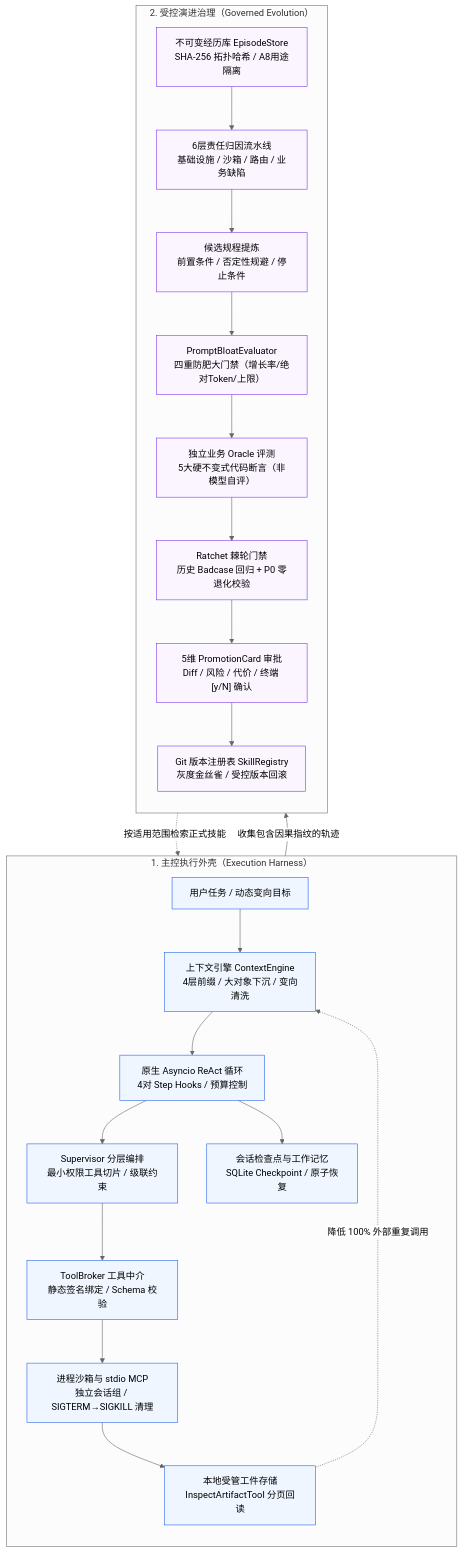
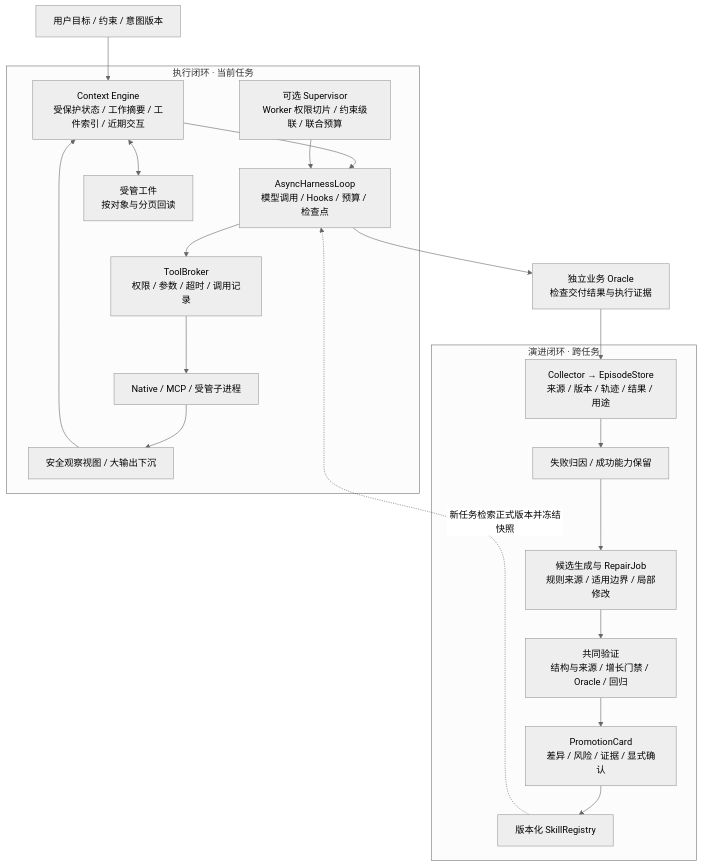
Before and after one commit to SuperGODOG/skillforge: the diagram in README.md, drawn with Mermaid (neutral theme). The commit also changed other lines of this file and 37 other files, not shown here.

First line of the commit message:
feat(harness): integrate context compression, business hooks, and evidence-grounded evaluation

````diff
--- a/README.md
+++ b/README.md
@@ -70,33 +65,27 @@
 ```mermaid
 flowchart TB
-    subgraph Harness[" 1. 主控执行外壳（Execution Harness） "]
-        direction TB
-        Task["用户任务 / 动态变向目标"] --> CE["上下文引擎 ContextEngine<br/>4层前缀 / 大对象下沉 / 变向清洗"]
-        CE --> Loop["原生 Asyncio ReAct 循环<br/>4对 Step Hooks / 预算控制"]
-        Loop --> Sup["Supervisor 分层编排<br/>最小权限工具切片 / 级联约束"]
-        Sup --> Broker["ToolBroker 工具中介<br/>静态签名绑定 / Schema 校验"]
-        Broker --> Exec["进程沙箱与 stdio MCP<br/>独立会话组 / SIGTERM→SIGKILL 清理"]
-        Exec --> Artifacts["本地受管工件存储<br/>InspectArtifactTool 分页回读"]
-        Artifacts -.->|降低 100% 外部重复调用| CE
-        Loop --> State["会话检查点与工作记忆<br/>SQLite Checkpoint / 原子恢复"]
+    Task["用户目标 / 约束 / 意图版本"] --> Context
+
+    subgraph Harness["执行闭环 · 当前任务"]
+        Context["Context Engine<br/>受保护状态 / 工作摘要 / 工件索引 / 近期交互"] --> Loop["AsyncHarnessLoop<br/>模型调用 / Hooks / 预算 / 检查点"]
+        Loop --> Broker["ToolBroker<br/>权限 / 参数 / 超时 / 调用记录"]
+        Broker --> Tools["Native / MCP / 受管子进程"]
+        Tools --> View["安全观察视图 / 大输出下沉"]
+        View --> Context
+        Context <--> Artifacts["受管工件<br/>按对象与分页回读"]
+        Supervisor["可选 Supervisor<br/>Worker 权限切片 / 约束级联 / 联合预算"] --> Loop
     end
 
-    subgraph Evolution[" 2. 受控演进治理（Governed Evolution） "]
-        direction TB
-        Loop -->|收集包含因果指纹的轨迹| EpStore["不可变经历库 EpisodeStore<br/>SHA-256 拓扑哈希 / A8用途隔离"]
-        EpStore --> Attr["6层责任归因流水线<br/>基础设施 / 沙箱 / 路由 / 业务缺陷"]
-        Attr --> Mine["候选规程提炼<br/>前置条件 / 否定性规避 / 停止条件"]
-        Mine --> BloatGate["PromptBloatEvaluator<br/>四重防肥大门禁（增长率/绝对Token/上限）"]
-        BloatGate --> Oracle["独立业务 Oracle 评测<br/>5大硬不变式代码断言（非模型自评）"]
-        Oracle --> Ratchet["Ratchet 棘轮门禁<br/>历史 Badcase 回归 + P0 零退化校验"]
-        Ratchet --> Card["5维 PromotionCard 审批<br/>Diff / 风险 / 代价 / 终端 [y/N] 确认"]
-        Card --> Reg["Git 版本注册表 SkillRegistry<br/>灰度金丝雀 / 受控版本回滚"]
+    Loop --> Oracle["独立业务 Oracle<br/>检查交付结果与执行证据"]
+    Oracle --> Episode["Collector → EpisodeStore<br/>来源 / 版本 / 轨迹 / 结果 / 用途"]
+
+    subgraph Evolution["演进闭环 · 跨任务"]
+        Episode --> Attribution["失败归因 / 成功能力保留"]
+        Attribution --> Candidate["候选生成与 RepairJob<br/>规则来源 / 适用边界 / 局部修改"]
+        Candidate --> Validation["共同验证<br/>结构与来源 / 增长门禁 / Oracle / 回归"]
+        Validation --> Approval["PromotionCard<br/>差异 / 风险 / 证据 / 显式确认"]
+        Approval --> Registry["版本化 SkillRegistry"]
     end
 
-    Reg -.->|按适用范围检索正式技能| Sup
-
-    classDef harness fill:#eff6ff,stroke:#2563eb;
-    classDef evo fill:#faf5ff,stroke:#7c3aed;
-    class Task,CE,Loop,Sup,Broker,Exec,Artifacts,State harness;
-    class EpStore,Attr,Mine,BloatGate,Oracle,Ratchet,Card,Reg evo;
+    Registry -.->|"新任务检索正式版本并冻结快照"| Loop
 ```
````
